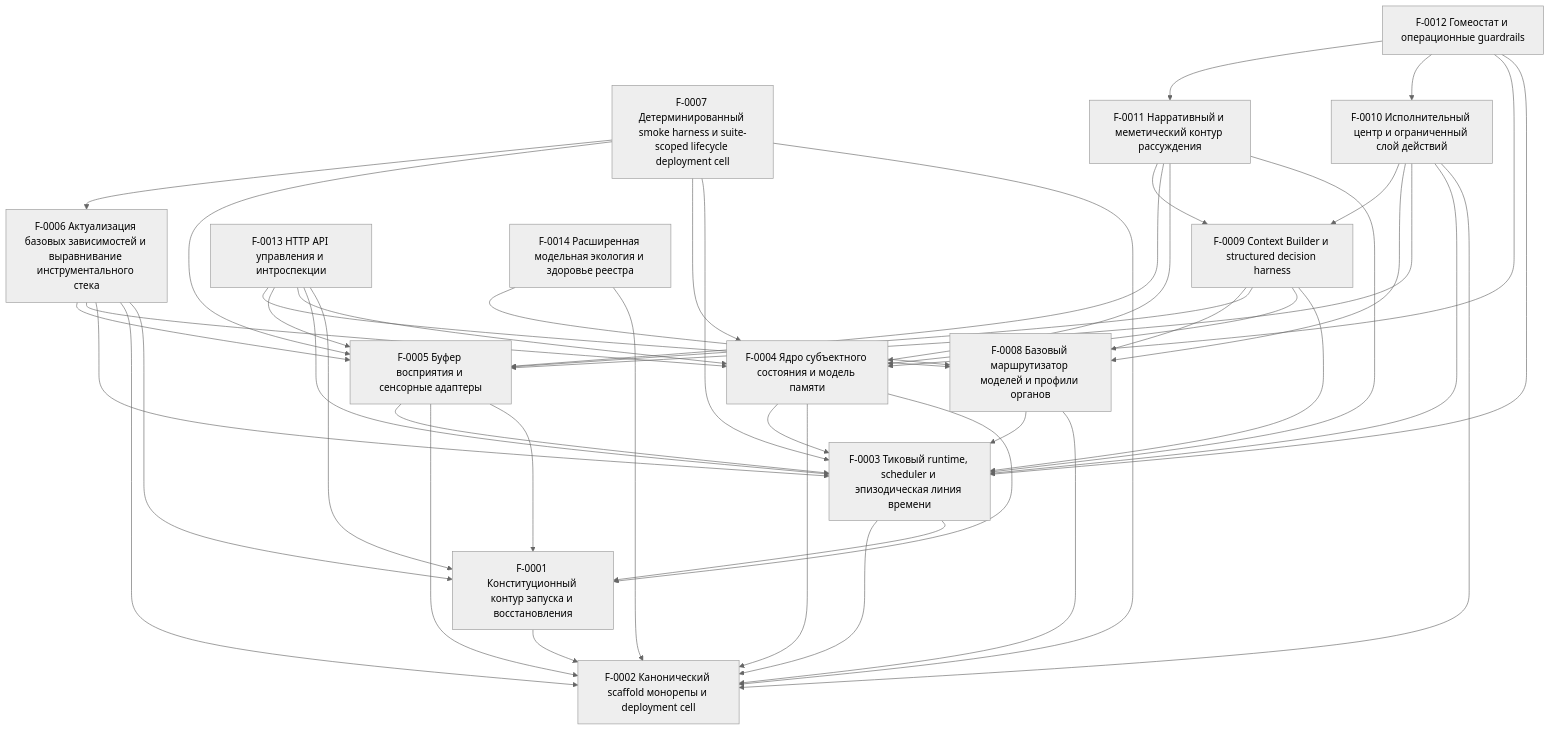
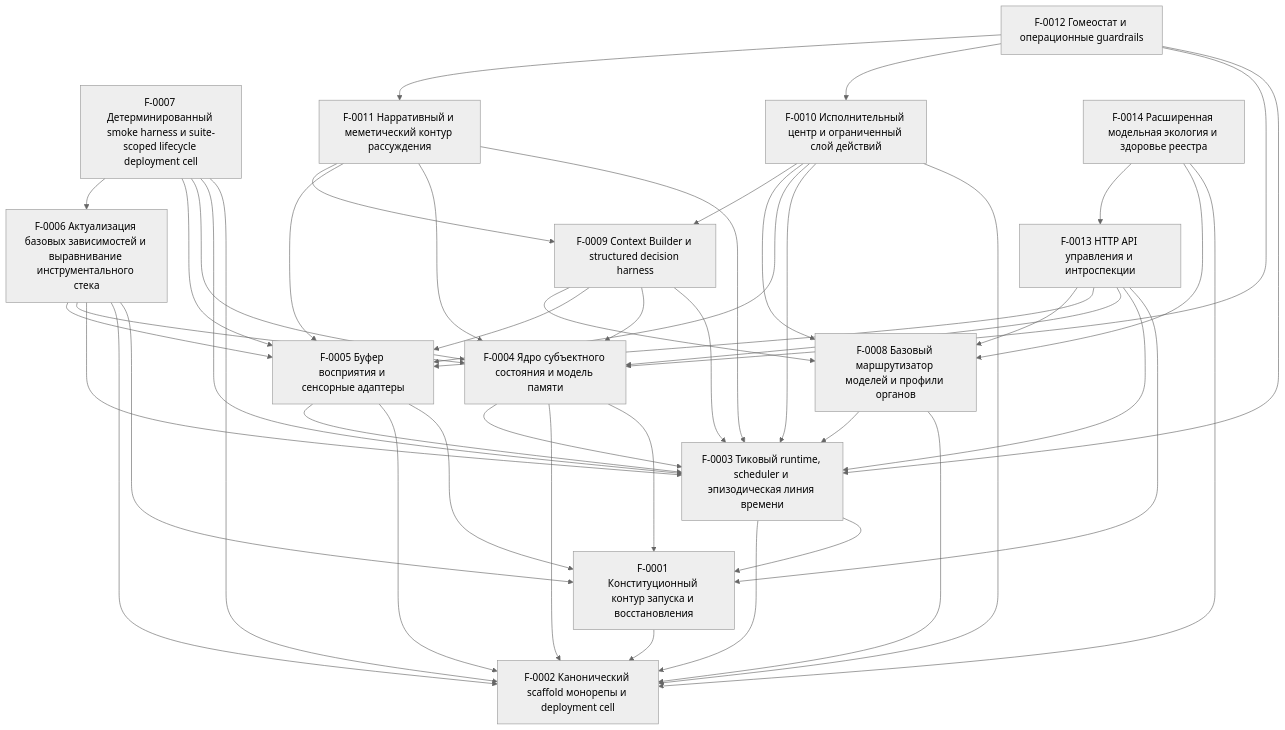
The diagram in docs/ssot/index.md (kostysh/yaagi), drawn with Mermaid (neutral theme) before and after one commit. The commit also changed other lines of this file and 35 other files, not shown here.

````diff
--- a/docs/ssot/index.md
+++ b/docs/ssot/index.md
@@ -32,62 +32,63 @@
 ```mermaid
 graph TD
   F0001["F-0001 Конституционный контур запуска и восстановления"]
   F0002["F-0002 Канонический scaffold монорепы и deployment cell"]
   F0003["F-0003 Тиковый runtime, scheduler и эпизодическая линия времени"]
   F0004["F-0004 Ядро субъектного состояния и модель памяти"]
   F0005["F-0005 Буфер восприятия и сенсорные адаптеры"]
   F0006["F-0006 Актуализация базовых зависимостей и выравнивание инструментального стека"]
   F0007["F-0007 Детерминированный smoke harness и suite-scoped lifecycle deployment cell"]
   F0008["F-0008 Базовый маршрутизатор моделей и профили органов"]
   F0009["F-0009 Context Builder и structured decision harness"]
   F0010["F-0010 Исполнительный центр и ограниченный слой действий"]
   F0011["F-0011 Нарративный и меметический контур рассуждения"]
   F0012["F-0012 Гомеостат и операционные guardrails"]
   F0013["F-0013 HTTP API управления и интроспекции"]
   F0014["F-0014 Расширенная модельная экология и здоровье реестра"]
   F0001 --> F0002
   F0003 --> F0001
   F0003 --> F0002
   F0004 --> F0001
   F0004 --> F0002
   F0004 --> F0003
   F0005 --> F0001
   F0005 --> F0002
   F0005 --> F0003
   F0006 --> F0001
   F0006 --> F0002
   F0006 --> F0003
   F0006 --> F0004
   F0006 --> F0005
   F0007 --> F0002
   F0007 --> F0003
   F0007 --> F0004
   F0007 --> F0005
   F0007 --> F0006
   F0008 --> F0002
   F0008 --> F0003
   F0009 --> F0003
   F0009 --> F0004
   F0009 --> F0005
   F0009 --> F0008
   F0010 --> F0002
   F0010 --> F0003
   F0010 --> F0005
   F0010 --> F0008
   F0010 --> F0009
   F0011 --> F0003
   F0011 --> F0004
   F0011 --> F0005
   F0011 --> F0009
   F0012 --> F0003
   F0012 --> F0004
   F0012 --> F0010
   F0012 --> F0011
   F0013 --> F0001
   F0013 --> F0003
   F0013 --> F0004
   F0013 --> F0005
   F0013 --> F0008
   F0014 --> F0002
   F0014 --> F0008
+  F0014 --> F0013
 ```
````
